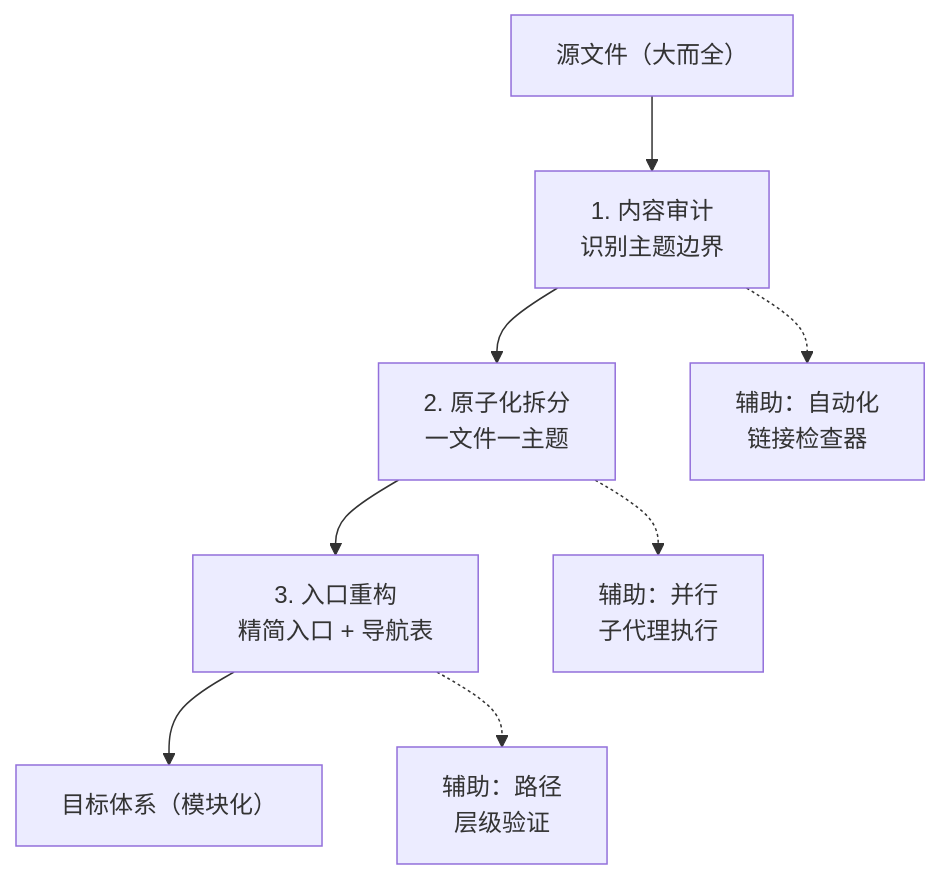
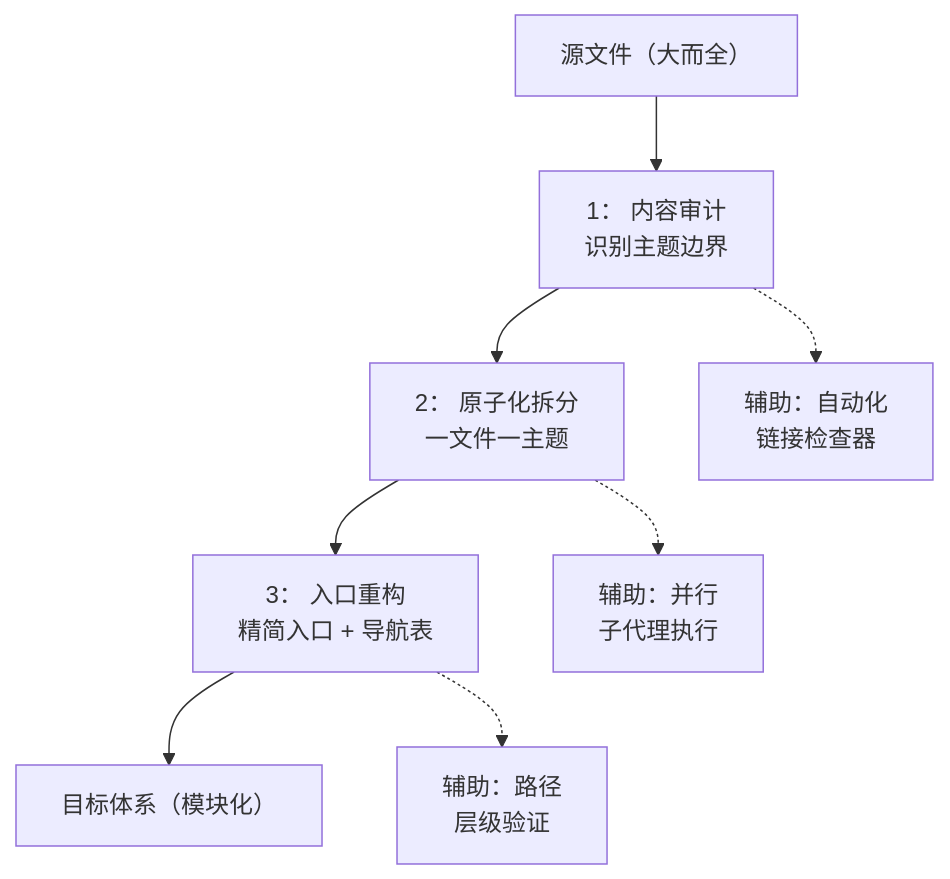
Before and after one commit to xinetzone/SpecWeave: the diagram in docs/retrospective/reports/atomization/retrospective-report-readme-atomization/insight-extraction.md, drawn with Mermaid. The commit also changed 79 other files, not shown here.

````diff
--- a/docs/retrospective/reports/atomization/retrospective-report-readme-atomization/insight-extraction.md
+++ b/docs/retrospective/reports/atomization/retrospective-report-readme-atomization/insight-extraction.md
@@ -36,11 +36,10 @@
 ```mermaid
 flowchart TD
-    Input["源文件（大而全）"] --> Element1["1. 内容审计<br/>识别主题边界"]
-    Element1 --> Element2["2. 原子化拆分<br/>一文件一主题"]
-    Element2 --> Element3["3. 入口重构<br/>精简入口 + 导航表"]
+    Input["源文件（大而全）"] --> Element1["1： 内容审计<br/>识别主题边界"]
+    Element1 --> Element2["2： 原子化拆分<br/>一文件一主题"]
+    Element2 --> Element3["3： 入口重构<br/>精简入口 + 导航表"]
     Element3 --> Output["目标体系（模块化）"]
-    
     Element1 -.-> Q1["辅助：自动化<br/>链接检查器"]
     Element2 -.-> Q2["辅助：并行<br/>子代理执行"]
     Element3 -.-> Q3["辅助：路径<br/>层级验证"]
 ```
````
